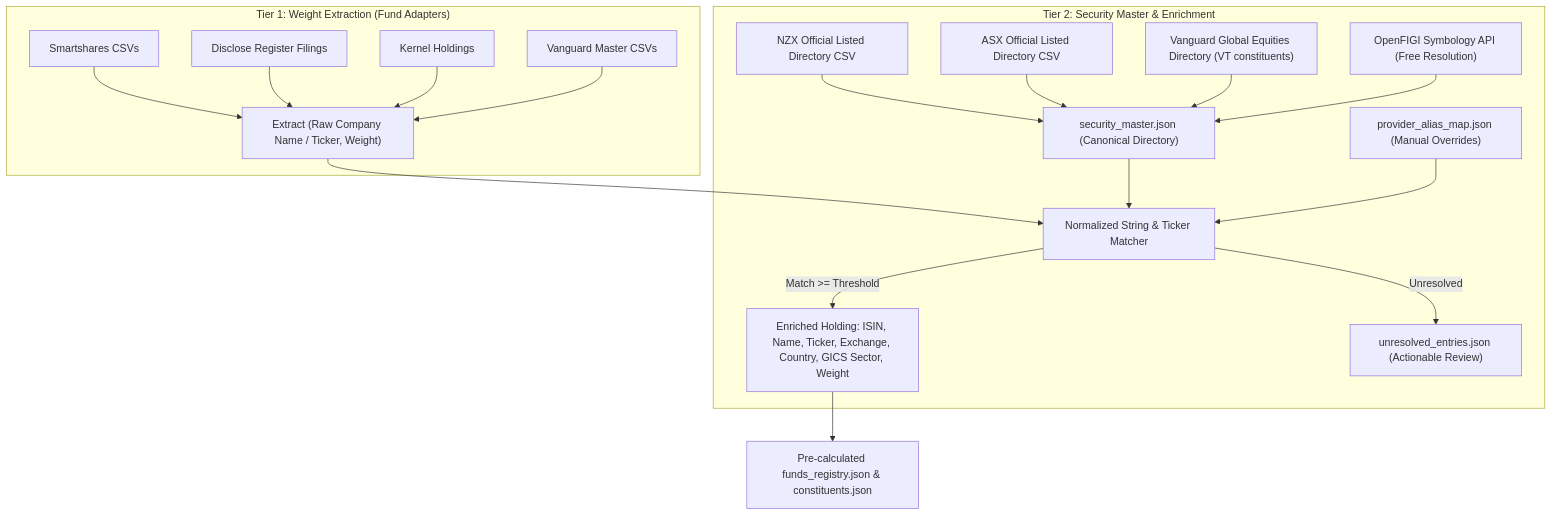
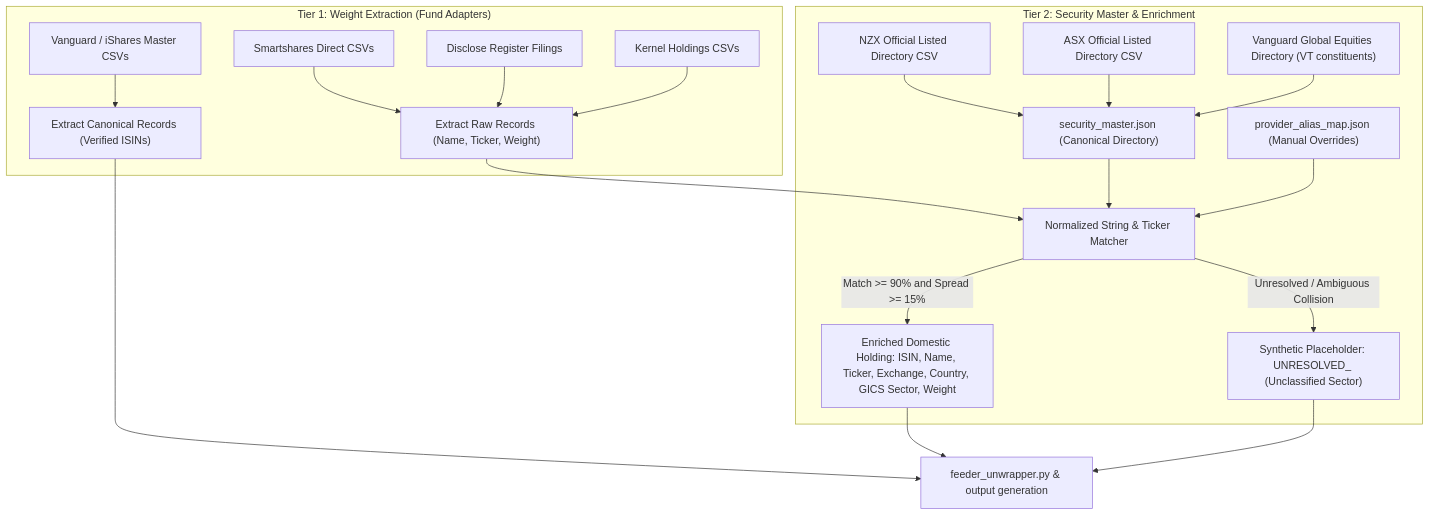
Before and after one commit to SusanJaneNZ/kiwi-portfolio-xray: the second of 2 diagrams in docs/designs/kiwi-portfolio-xray.md, drawn with Mermaid. The commit also changed other lines of this file and 3 other files, not shown here.

````diff
--- a/docs/designs/kiwi-portfolio-xray.md
+++ b/docs/designs/kiwi-portfolio-xray.md
@@ -165,37 +164,41 @@
 ```mermaid
 flowchart TD
     subgraph Tier1 ["Tier 1: Weight Extraction (Fund Adapters)"]
-        F1["Smartshares CSVs"]
+        F1["Smartshares Direct CSVs"]
         F2["Disclose Register Filings"]
-        F3["Kernel Holdings"]
-        F4["Vanguard Master CSVs"]
+        F3["Kernel Holdings CSVs"]
+        F4["Vanguard / iShares Master CSVs"]
 
-        P1["Extract (Raw Company Name / Ticker, Weight)"]
-        F1 & F2 & F3 & F4 --> P1
+        P_MASTER["Extract Canonical Records (Verified ISINs)"]
+        P_DOMESTIC["Extract Raw Records (Name, Ticker, Weight)"]
+
+        F4 --> P_MASTER
+        F1 & F2 & F3 --> P_DOMESTIC
     end
 
     subgraph Tier2 ["Tier 2: Security Master & Enrichment"]
         SEC["security_master.json (Canonical Directory)"]
         NZX["NZX Official Listed Directory CSV"]
         ASX["ASX Official Listed Directory CSV"]
         VANG["Vanguard Global Equities Directory (VT constituents)"]
-        FIGI["OpenFIGI Symbology API (Free Resolution)"]
 
-        NZX & ASX & VANG & FIGI --> SEC
+        NZX & ASX & VANG --> SEC
 
         FUZZY["Normalized String & Ticker Matcher"]
         ALIAS["provider_alias_map.json (Manual Overrides)"]
 
-        P1 --> FUZZY
+        P_DOMESTIC --> FUZZY
         SEC --> FUZZY
         ALIAS --> FUZZY
 
-        RESOLVED["Enriched Holding: ISIN, Name, Ticker, Exchange, Country, GICS Sector, Weight"]
-        UNRESOLVED["unresolved_entries.json (Actionable Review)"]
+        RESOLVED["Enriched Domestic Holding: ISIN, Name, Ticker, Exchange, Country, GICS Sector, Weight"]
+        UNRESOLVED["Synthetic Placeholder: UNRESOLVED_<ticker> (Unclassified Sector)"]
 
-        FUZZY -->|Match >= Threshold| RESOLVED
-        FUZZY -->|Unresolved| UNRESOLVED
+        FUZZY -->|Match >= 90% and Spread >= 15%| RESOLVED
+        FUZZY -->|Unresolved / Ambiguous Collision| UNRESOLVED
     end
 
-    RESOLVED --> OUT["Pre-calculated funds_registry.json & constituents.json"]
+    P_MASTER --> OUT["feeder_unwrapper.py & output generation"]
+    RESOLVED --> OUT
+    UNRESOLVED --> OUT
 ```
````
